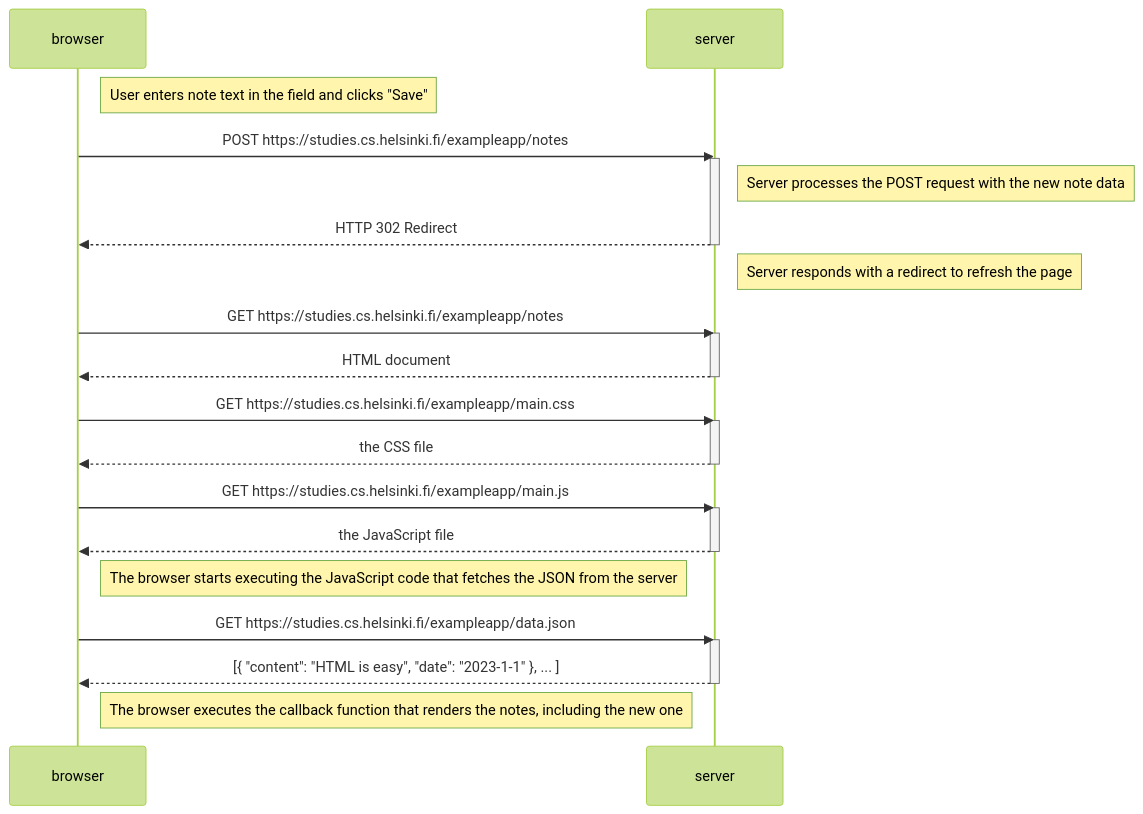
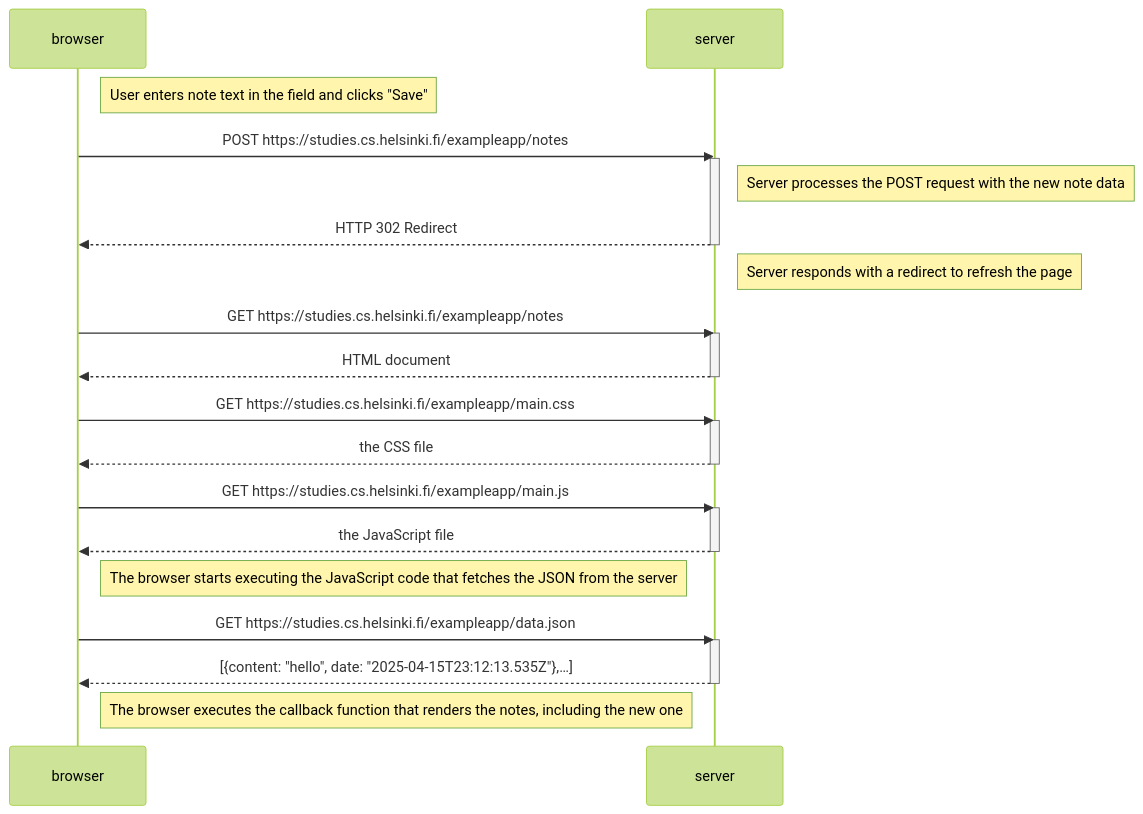
One commit to ephemeral172/FullStackOpen changed the diagram in part0/Exercises 0.1-0.6/0.4 New note diagram.md. Above: the diagram before and after it, drawn with Mermaid (forest theme).

Commit message:
Update 0.4 New note diagram.md

````diff
--- a/part0/Exercises 0.1-0.6/0.4 New note diagram.md
+++ b/part0/Exercises 0.1-0.6/0.4 New note diagram.md
@@ -1,59 +1,59 @@
 ```mermaid
 
 sequenceDiagram
 
     participant browser
 
     participant server
 
     Note right of browser: User enters note text in the field and clicks "Save"
 
     browser->>server: POST https://studies.cs.helsinki.fi/exampleapp/notes
 
     activate server
 
     Note right of server: Server processes the POST request with the new note data
 
     server-->>browser: HTTP 302 Redirect
 
     deactivate server
 
     Note right of server: Server responds with a redirect to refresh the page
 
     browser->>server: GET https://studies.cs.helsinki.fi/exampleapp/notes
 
     activate server
 
     server-->>browser: HTML document
 
     deactivate server
 
     browser->>server: GET https://studies.cs.helsinki.fi/exampleapp/main.css
 
     activate server
 
     server-->>browser: the CSS file
 
     deactivate server
 
     browser->>server: GET https://studies.cs.helsinki.fi/exampleapp/main.js
 
     activate server
 
     server-->>browser: the JavaScript file
 
     deactivate server
 
     Note right of browser: The browser starts executing the JavaScript code that fetches the JSON from the server
 
     browser->>server: GET https://studies.cs.helsinki.fi/exampleapp/data.json
 
     activate server
 
-    server-->>browser: [{ "content": "HTML is easy", "date": "2023-1-1" }, ... ]
+    server-->>browser: [{content: "hello", date: "2025-04-15T23:12:13.535Z"},…]
 
     deactivate server
 
     Note right of browser: The browser executes the callback function that renders the notes, including the new one
 
 ```
````
